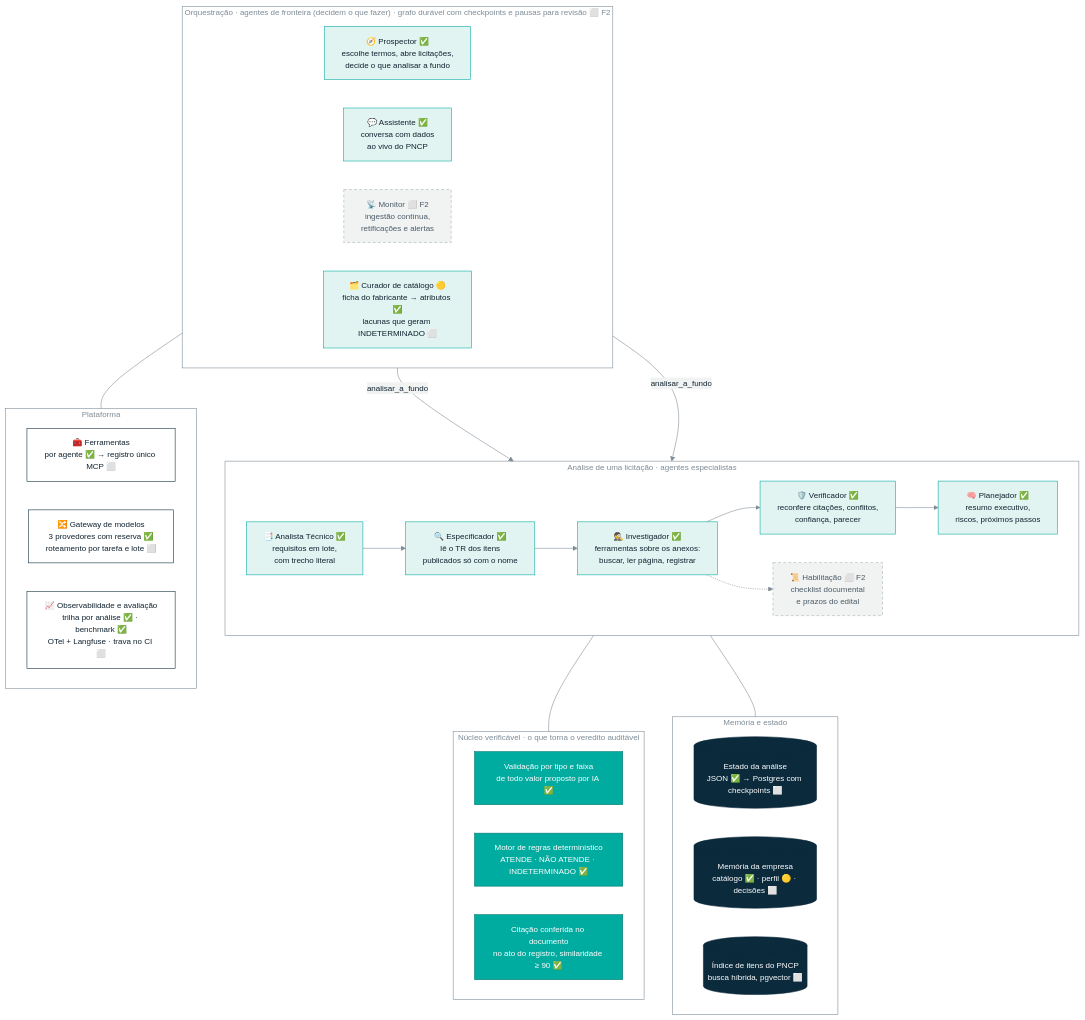
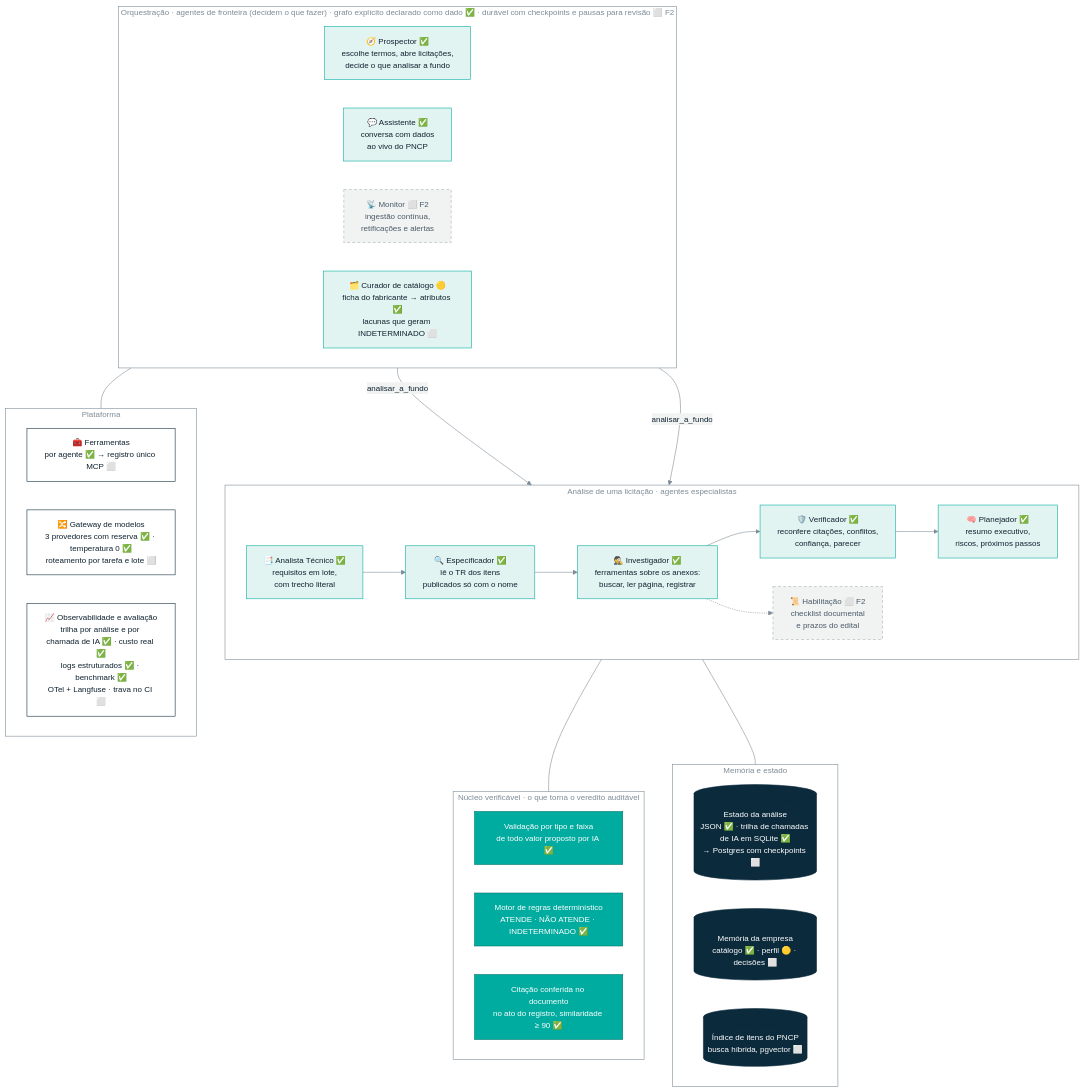
The second of 4 diagrams in README.md (Omniamind-org/obranexo), drawn with Mermaid before and after one commit. The commit also changed other lines of this file and 5 other files, not shown here.

First line of the commit message:
docs: README, plano de desenvolvimento e fluxo atualizados com observabilidade, custo real, grafo explícito e memória do chat

````diff
--- a/README.md
+++ b/README.md
@@ -134,50 +134,50 @@
 ```mermaid
 %%{init: {'theme':'base','themeVariables':{'primaryColor':'#e2f4f2','primaryTextColor':'#10222f','primaryBorderColor':'#00ab9f','lineColor':'#7d8b96','edgeLabelBackground':'#f1f3f3','fontSize':'14px','clusterBkg':'transparent','clusterBorder':'#7d8b96','titleColor':'#7d8b96'}}}%%
 flowchart TB
-  subgraph ORQ[" Orquestração · agentes de fronteira (decidem o que fazer) · grafo durável com checkpoints e pausas para revisão ⬜ F2 "]
+  subgraph ORQ[" Orquestração · agentes de fronteira (decidem o que fazer) · grafo explícito declarado como dado ✅ · durável com checkpoints e pausas para revisão ⬜ F2 "]
     direction LR
     PR[🧭 Prospector ✅<br/>escolhe termos, abre licitações,<br/>decide o que analisar a fundo]:::ag
     AS[💬 Assistente ✅<br/>conversa com dados<br/>ao vivo do PNCP]:::ag
     MO[📡 Monitor ⬜ F2<br/>ingestão contínua,<br/>retificações e alertas]:::plan
     CU[🗂️ Curador de catálogo 🟡<br/>ficha do fabricante → atributos ✅<br/>lacunas que geram INDETERMINADO ⬜]:::ag
   end
   subgraph AN[" Análise de uma licitação · agentes especialistas "]
     direction LR
     AT[📑 Analista Técnico ✅<br/>requisitos em lote,<br/>com trecho literal]:::ag
     ES[🔍 Especificador ✅<br/>lê o TR dos itens<br/>publicados só com o nome]:::ag
     IN[🕵️ Investigador ✅<br/>ferramentas sobre os anexos:<br/>buscar, ler página, registrar]:::ag
     HB[📜 Habilitação ⬜ F2<br/>checklist documental<br/>e prazos do edital]:::plan
     VE[🛡️ Verificador ✅<br/>reconfere citações, conflitos,<br/>confiança, parecer]:::ag
     PL[🧠 Planejador ✅<br/>resumo executivo,<br/>riscos, próximos passos]:::ag
     AT --> ES --> IN --> VE --> PL
     IN -.-> HB
   end
   subgraph NUC[" Núcleo verificável · o que torna o veredito auditável "]
     direction LR
     N1[Validação por tipo e faixa<br/>de todo valor proposto por IA ✅]:::core
     N2[Motor de regras determinístico<br/>ATENDE · NÃO ATENDE · INDETERMINADO ✅]:::core
     N3[Citação conferida no documento<br/>no ato do registro, similaridade ≥ 90 ✅]:::core
   end
   subgraph MEM[" Memória e estado "]
     direction LR
-    M1[(Estado da análise<br/>JSON ✅ → Postgres com checkpoints ⬜)]:::mem
+    M1[(Estado da análise<br/>JSON ✅ · trilha de chamadas de IA em SQLite ✅<br/>→ Postgres com checkpoints ⬜)]:::mem
     M2[(Memória da empresa<br/>catálogo ✅ · perfil 🟡 · decisões ⬜)]:::mem
     M3[(Índice de itens do PNCP<br/>busca híbrida, pgvector ⬜)]:::mem
   end
   subgraph INF[" Plataforma "]
     direction LR
     TR[🧰 Ferramentas<br/>por agente ✅ → registro único MCP ⬜]:::inf
-    GW[🔀 Gateway de modelos<br/>3 provedores com reserva ✅<br/>roteamento por tarefa e lote ⬜]:::inf
-    OB[📈 Observabilidade e avaliação<br/>trilha por análise ✅ · benchmark ✅<br/>OTel + Langfuse · trava no CI ⬜]:::inf
+    GW[🔀 Gateway de modelos<br/>3 provedores com reserva ✅ · temperatura 0 ✅<br/>roteamento por tarefa e lote ⬜]:::inf
+    OB[📈 Observabilidade e avaliação<br/>trilha por análise e por chamada de IA ✅ · custo real ✅<br/>logs estruturados ✅ · benchmark ✅<br/>OTel + Langfuse · trava no CI ⬜]:::inf
   end
   PR -- analisar_a_fundo --> AN
   AS -- analisar_a_fundo --> AN
   AN --- NUC
   AN --- MEM
   ORQ --- INF
   classDef ag fill:#e2f4f2,stroke:#00ab9f,color:#10222f
   classDef plan fill:#f1f3f3,stroke:#a5b0b8,color:#4b5b67,stroke-dasharray:5 4
   classDef core fill:#00ab9f,stroke:#00756c,color:#ffffff
   classDef mem fill:#0b2a3c,stroke:#0b2a3c,color:#ffffff
   classDef inf fill:#ffffff,stroke:#0b2a3c,color:#10222f
 ```
````
